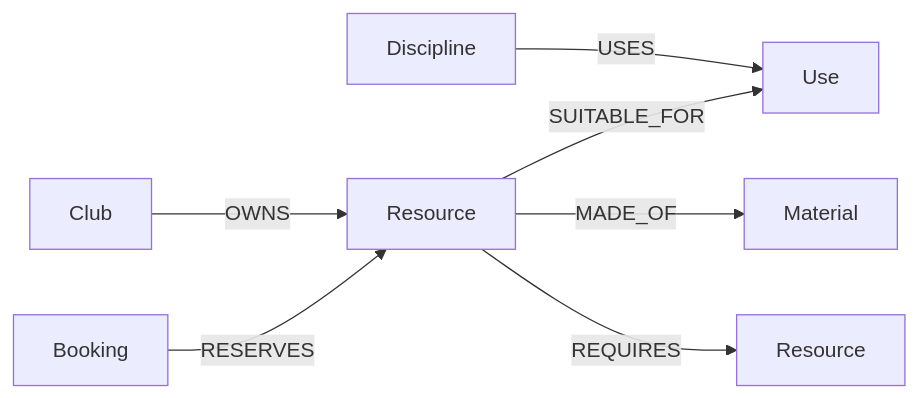
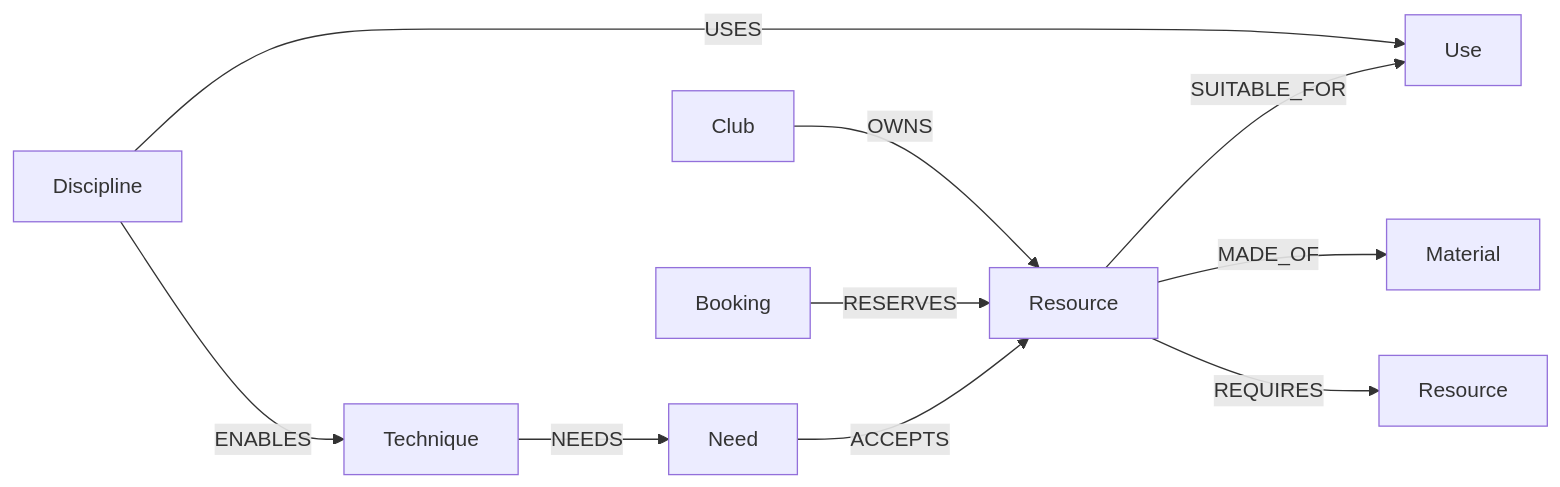
Before and after one commit to Raghav8826/second-act: the diagram in backend/GRAPH-MODEL.md, drawn with Mermaid. The commit also changed other lines of this file and 36 other files, not shown here.

Commit message:
Add graph-aware planning, reliability fixes and public deployment

````diff
--- a/backend/GRAPH-MODEL.md
+++ b/backend/GRAPH-MODEL.md
@@ -6,9 +6,12 @@
 ```mermaid
 graph LR
   Discipline -->|USES| Use
   Resource -->|SUITABLE_FOR| Use
   Club -->|OWNS| Resource
   Resource -->|MADE_OF| Material
   Booking -->|RESERVES| Resource
   Resource -->|REQUIRES| RequiredResource[Resource]
+  Discipline -->|ENABLES| Technique
+  Technique -->|NEEDS| Need
+  Need -->|ACCEPTS| Resource
 ```
````
